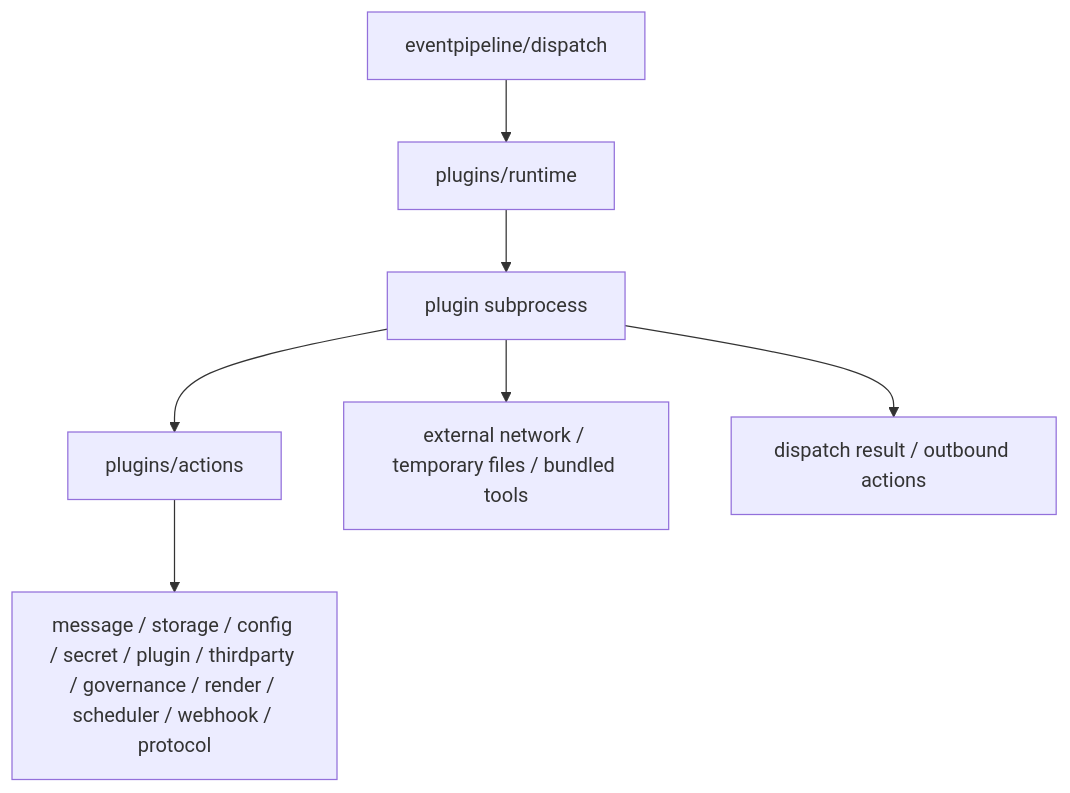
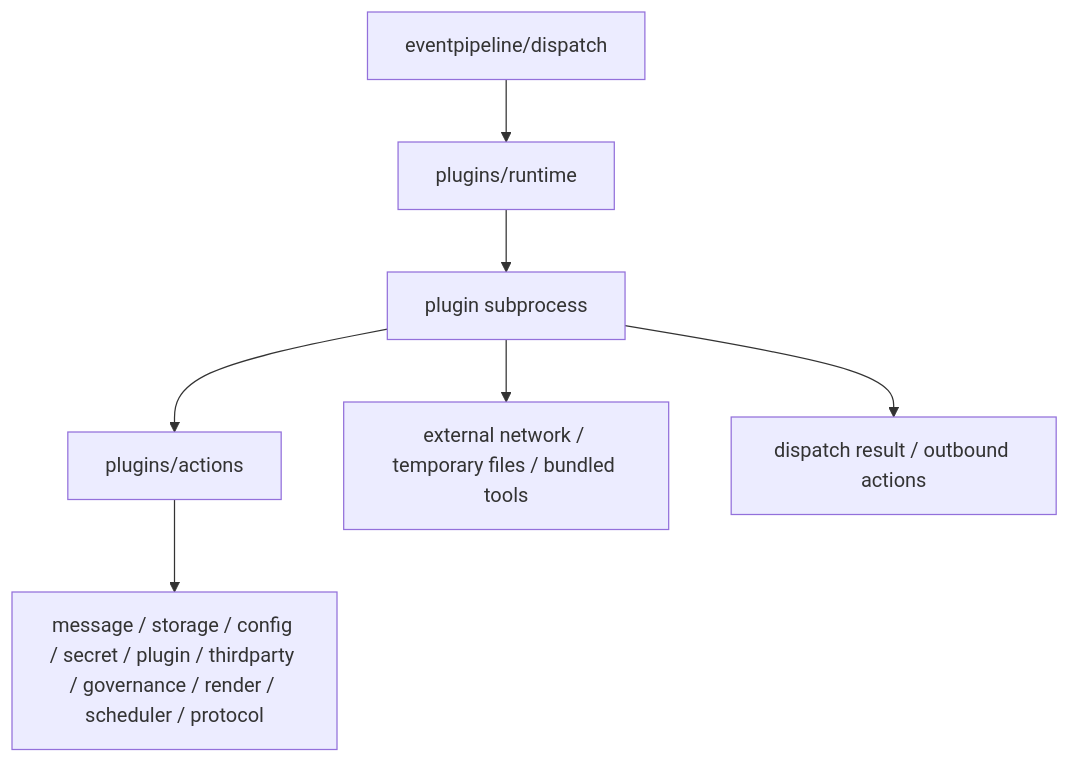
One commit to RayleaBot/RayleaBot changed the second of 2 diagrams in docs/architecture/plugin-runtime.md. Above: the diagram before and after it, drawn with Mermaid. The commit also changed other lines of this file and 506 other files, not shown here.

````diff
--- a/docs/architecture/plugin-runtime.md
+++ b/docs/architecture/plugin-runtime.md
@@ -31,9 +31,9 @@
 ```mermaid
 flowchart TD
   dispatcher["eventpipeline/dispatch"] --> runtime["plugins/runtime"]
   runtime --> plugin["plugin subprocess"]
   plugin --> localaction["plugins/actions"]
-  localaction --> service["message / storage / config / secret / plugin / thirdparty / governance / render / scheduler / webhook / protocol"]
+  localaction --> service["message / storage / config / secret / plugin / thirdparty / governance / render / scheduler / protocol"]
   plugin --> ownwork["external network / temporary files / bundled tools"]
   plugin --> result["dispatch result / outbound actions"]
 ```
````
